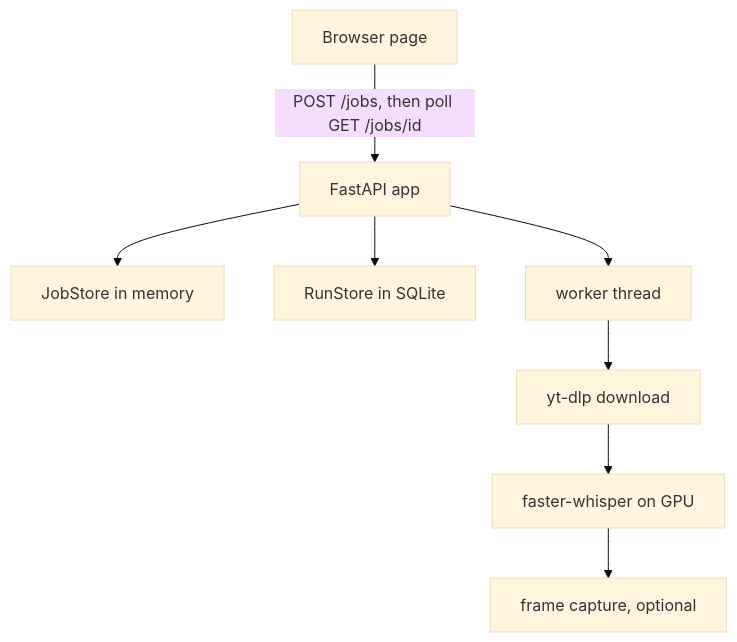
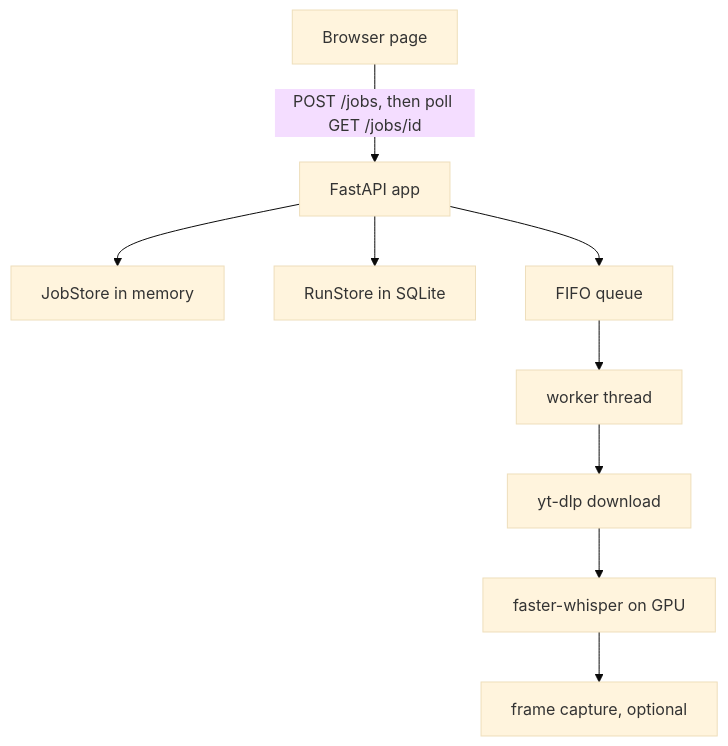
One commit to kevpdev/yt-transcriber changed the diagram in aidd_docs/memory/architecture.md. Above: the diagram before and after it, drawn with Mermaid (base theme). The commit also changed other lines of this file and 6 other files, not shown here.

````diff
--- a/aidd_docs/memory/architecture.md
+++ b/aidd_docs/memory/architecture.md
@@ -15,10 +15,11 @@
 ```mermaid
 flowchart TD
     page["Browser page"] -->|"POST /jobs, then poll GET /jobs/id"| api["FastAPI app"]
     api --> store["JobStore in memory"]
     api --> runs["RunStore in SQLite"]
-    api --> worker["worker thread"]
+    api --> queue["FIFO queue"]
+    queue --> worker["worker thread"]
     worker --> audio["yt-dlp download"]
     audio --> whisper["faster-whisper on GPU"]
     whisper --> capture["frame capture, optional"]
 ```
````
